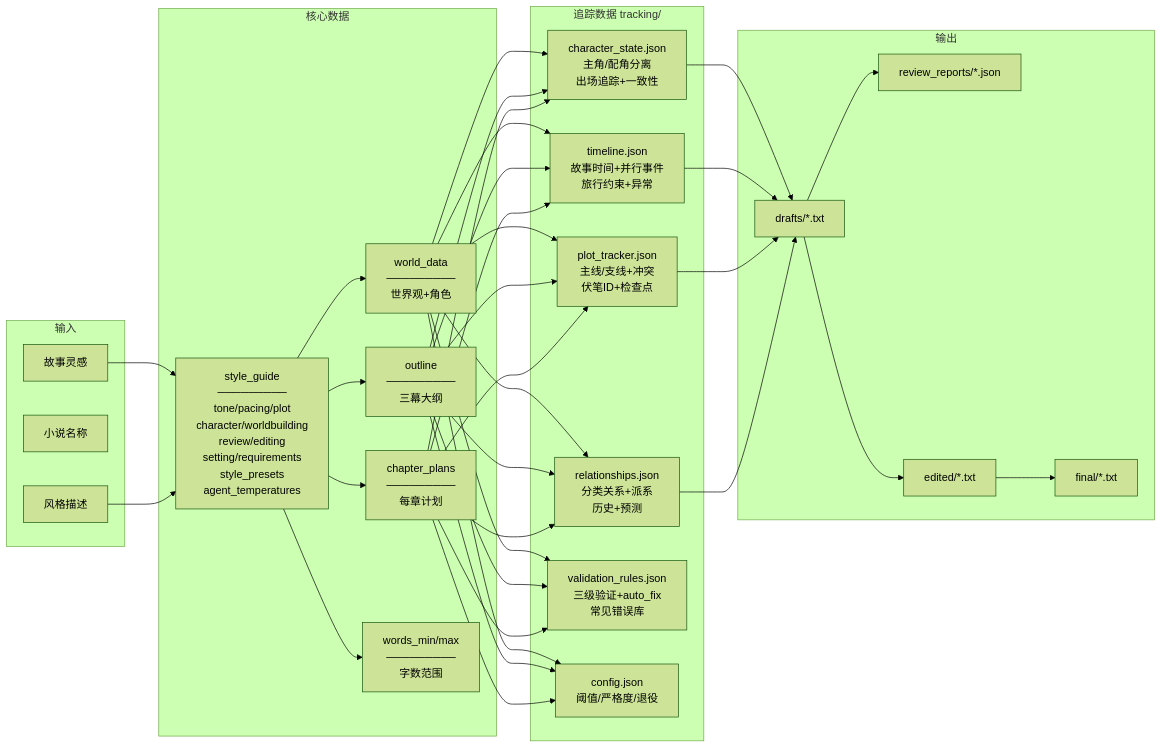
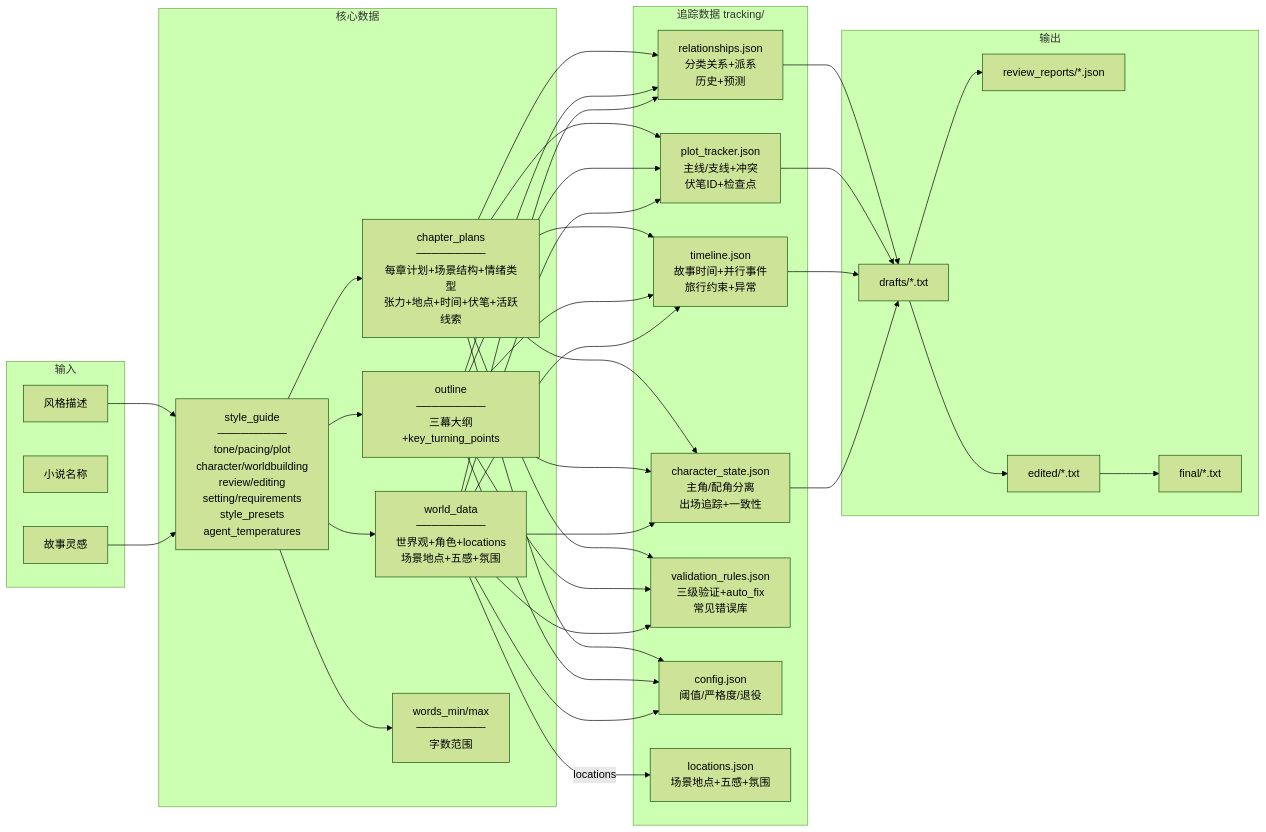
The second of 4 diagrams in docs/flowchart.md (KotomizuXu/XYR_test), drawn with Mermaid (forest theme) before and after one commit. The commit also changed other lines of this file and 11 other files, not shown here.

````diff
--- a/docs/flowchart.md
+++ b/docs/flowchart.md
@@ -118,41 +118,43 @@
 ```mermaid
 flowchart LR
     subgraph 输入
         IDEA[故事灵感]
         NAME[小说名称]
         STYLE[风格描述]
     end
 
     subgraph 核心数据
         SG[style_guide<br/>─────────<br/>tone/pacing/plot<br/>character/worldbuilding<br/>review/editing<br/>setting/requirements<br/>style_presets<br/>agent_temperatures]
-        WD[world_data<br/>─────────<br/>世界观+角色]
-        OL[outline<br/>─────────<br/>三幕大纲]
-        CP[chapter_plans<br/>─────────<br/>每章计划]
+        WD[world_data<br/>─────────<br/>世界观+角色+locations<br/>场景地点+五感+氛围]
+        OL[outline<br/>─────────<br/>三幕大纲+key_turning_points]
+        CP[chapter_plans<br/>─────────<br/>每章计划+场景结构+情绪类型<br/>张力+地点+时间+伏笔+活跃线索]
         WP[words_min/max<br/>─────────<br/>字数范围]
     end
 
     subgraph 追踪数据["追踪数据 tracking/"]
         CS[character_state.json<br/>主角/配角分离<br/>出场追踪+一致性]
         TL[timeline.json<br/>故事时间+并行事件<br/>旅行约束+异常]
         PT[plot_tracker.json<br/>主线/支线+冲突<br/>伏笔ID+检查点]
         RL[relationships.json<br/>分类关系+派系<br/>历史+预测]
         VR[validation_rules.json<br/>三级验证+auto_fix<br/>常见错误库]
         CF[config.json<br/>阈值/严格度/退役]
+        LOC[locations.json<br/>场景地点+五感+氛围]
     end
 
     subgraph 输出
         DR[drafts/*.txt]
         RR[review_reports/*.json]
         ED[edited/*.txt]
         FN[final/*.txt]
     end
 
     IDEA --> SG
     STYLE --> SG
     SG --> WD & OL & CP & WP
     WD & OL & CP --> CS & TL & PT & RL & VR & CF
+    WD -->|locations| LOC
     CS & TL & PT & RL --> DR
     DR --> RR
     DR --> ED
     ED --> FN
 ```
````
